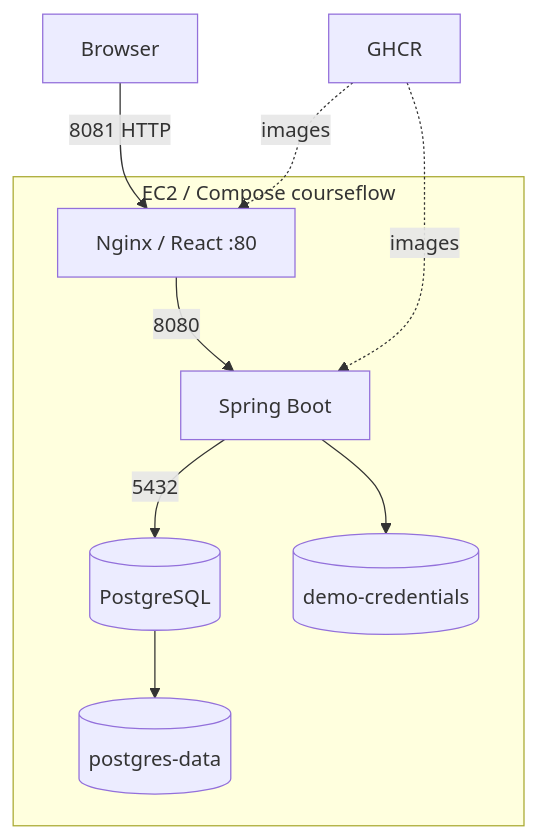
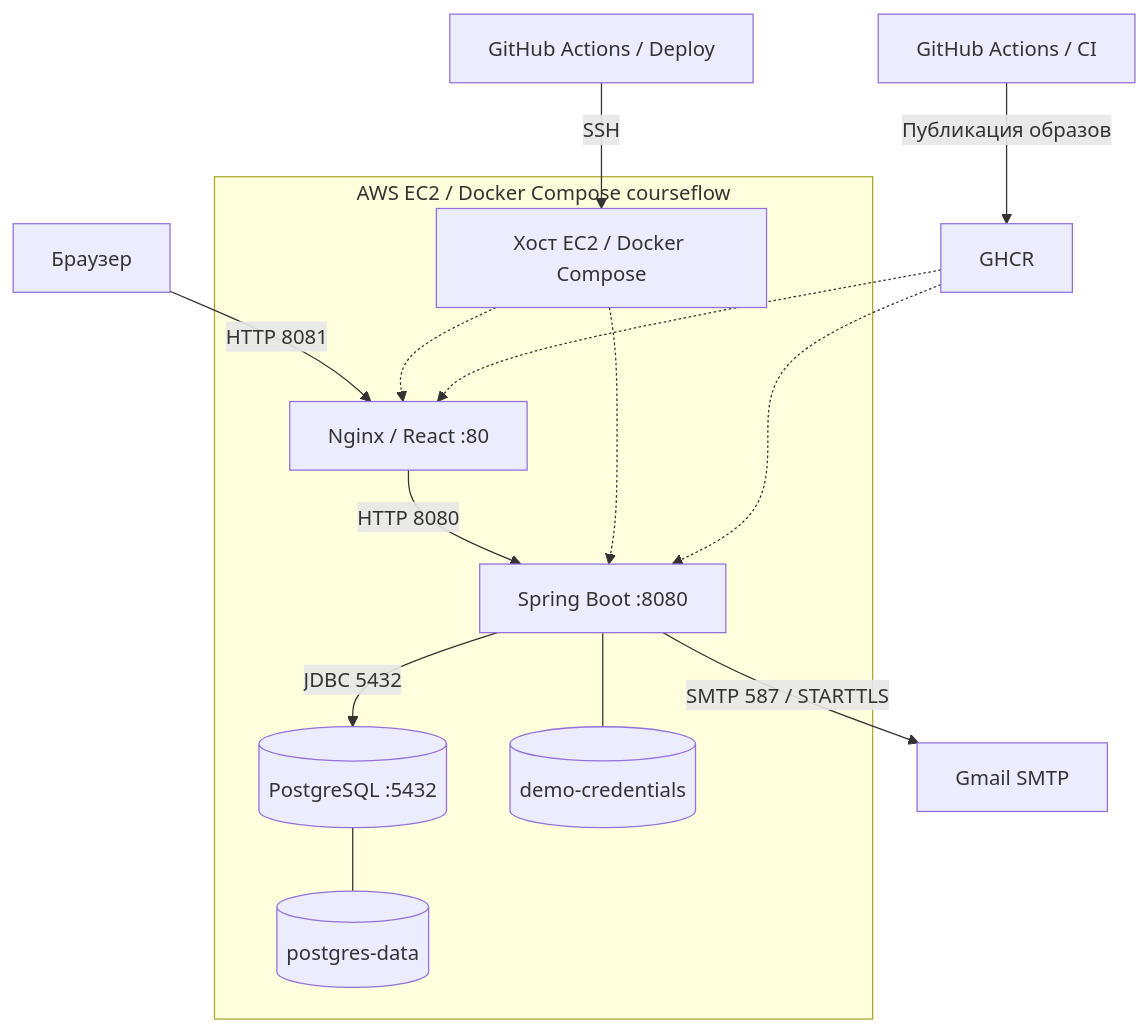
One commit to vkuryndin/CourseFlow changed the fourth of 4 diagrams in docs/ARCHITECTURE.md. Above: the diagram before and after it, drawn with Mermaid. The commit also changed other lines of this file and 5 other files, not shown here.

````diff
--- a/docs/ARCHITECTURE.md
+++ b/docs/ARCHITECTURE.md
@@ -166,12 +182,18 @@
 ```mermaid
 flowchart TD
-    U[Browser] -->|8081 HTTP| F[Nginx / React :80]
-    subgraph EC2[EC2 / Compose courseflow]
-        F -->|8080| B[Spring Boot]
-        B -->|5432| P[(PostgreSQL)]
-        P --> V[(postgres-data)]
-        B --> D[(demo-credentials)]
+    U[Браузер] -->|HTTP 8081| F
+    subgraph EC2[AWS EC2 / Docker Compose courseflow]
+        F[Nginx / React :80] -->|HTTP 8080| B[Spring Boot :8080]
+        B -->|JDBC 5432| P[(PostgreSQL :5432)]
+        P --- V[(postgres-data)]
+        B --- D[(demo-credentials)]
+        Host[Хост EC2 / Docker Compose]
+        Host -.-> F
+        Host -.-> B
     end
-    G[GHCR] -. images .-> F
-    G -. images .-> B
+    B -->|SMTP 587 / STARTTLS| M[Gmail SMTP]
+    CI[GitHub Actions / CI] -->|Публикация образов| G[GHCR]
+    G -.-> F
+    G -.-> B
+    CD[GitHub Actions / Deploy] -->|SSH| Host
 ```
````
